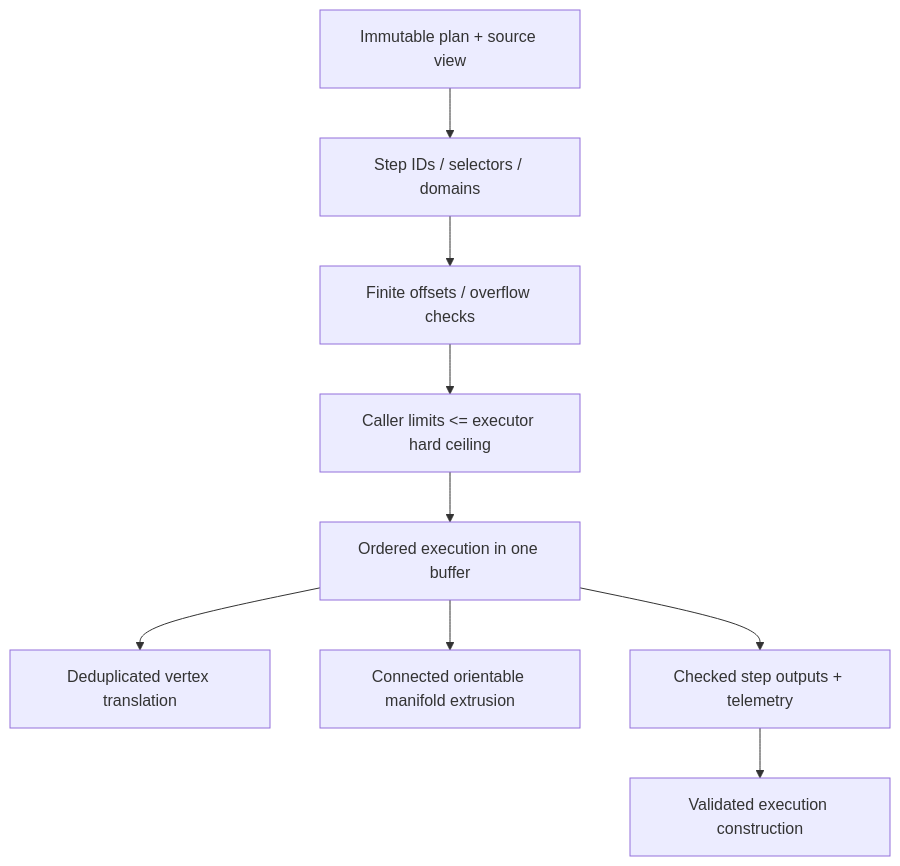
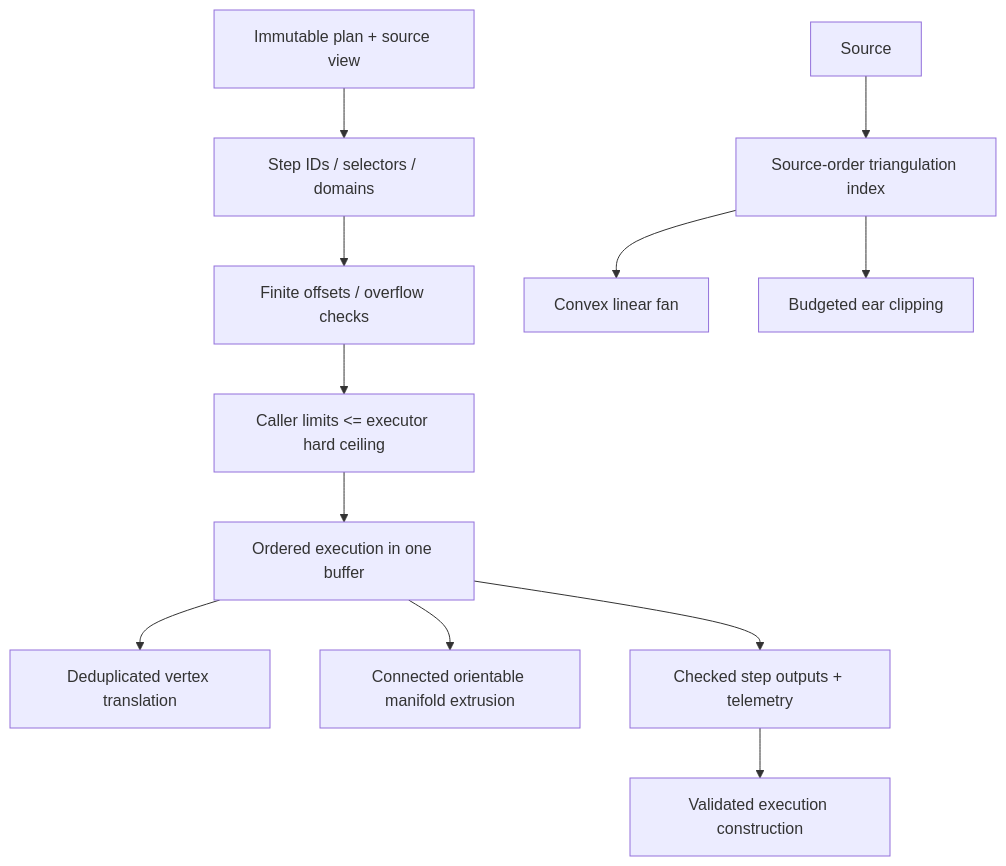
One commit to 1amageek/Rupa changed the second of 3 diagrams in RupaKit/Sources/RupaGeometry/DESIGN.md. Above: the diagram before and after it, drawn with Mermaid. The commit also changed other lines of this file and 19 other files, not shown here.

````diff
--- a/RupaKit/Sources/RupaGeometry/DESIGN.md
+++ b/RupaKit/Sources/RupaGeometry/DESIGN.md
@@ -89,11 +97,14 @@
 ```mermaid
 flowchart TD
     Request["Immutable plan + source view"] --> Structural["Step IDs / selectors / domains"]
     Structural --> Numeric["Finite offsets / overflow checks"]
     Numeric --> Limits["Caller limits <= executor hard ceiling"]
     Limits --> Execute["Ordered execution in one buffer"]
     Execute --> Translate["Deduplicated vertex translation"]
     Execute --> Extrude["Connected orientable manifold extrusion"]
+    Source --> Triangulation["Source-order triangulation index"]
+    Triangulation --> Convex["Convex linear fan"]
+    Triangulation --> Concave["Budgeted ear clipping"]
     Execute --> Receipt["Checked step outputs + telemetry"]
     Receipt --> Commit["Validated execution construction"]
 ```
````
